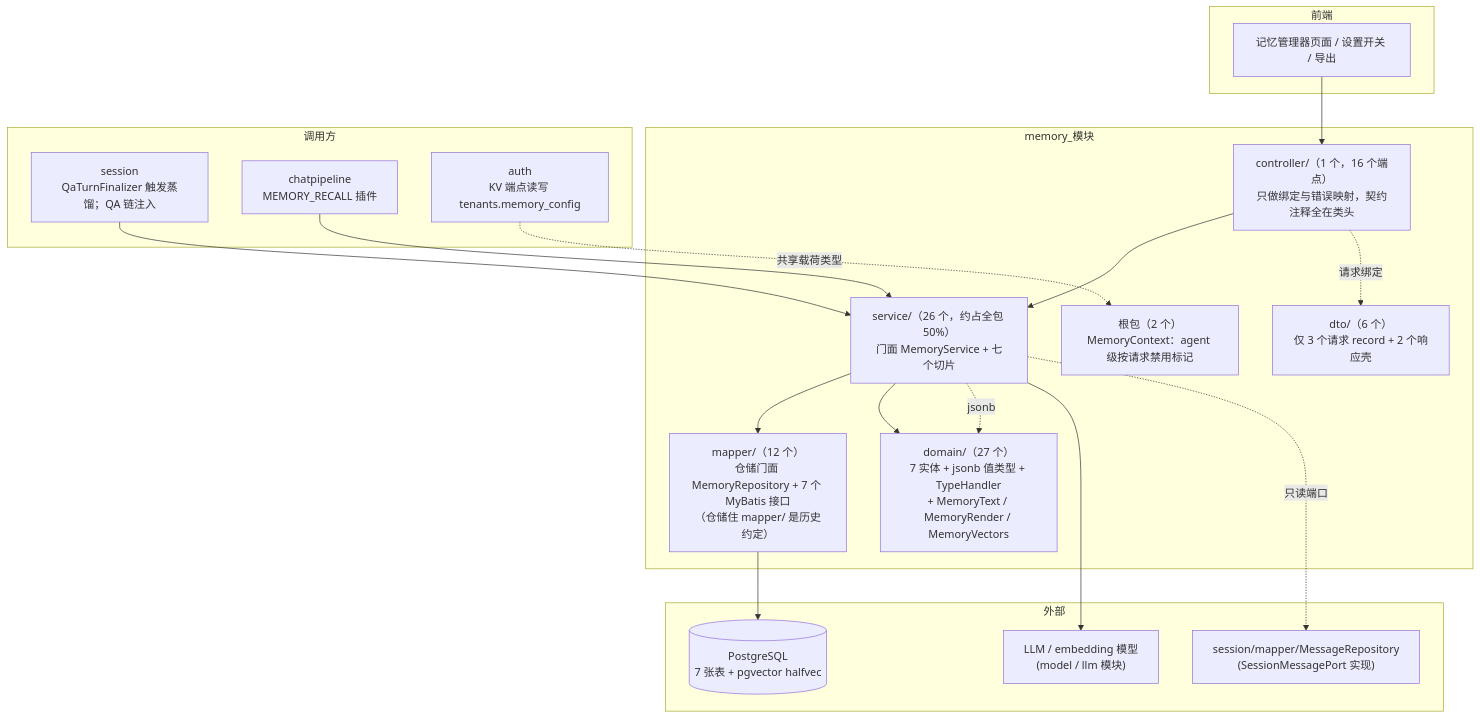
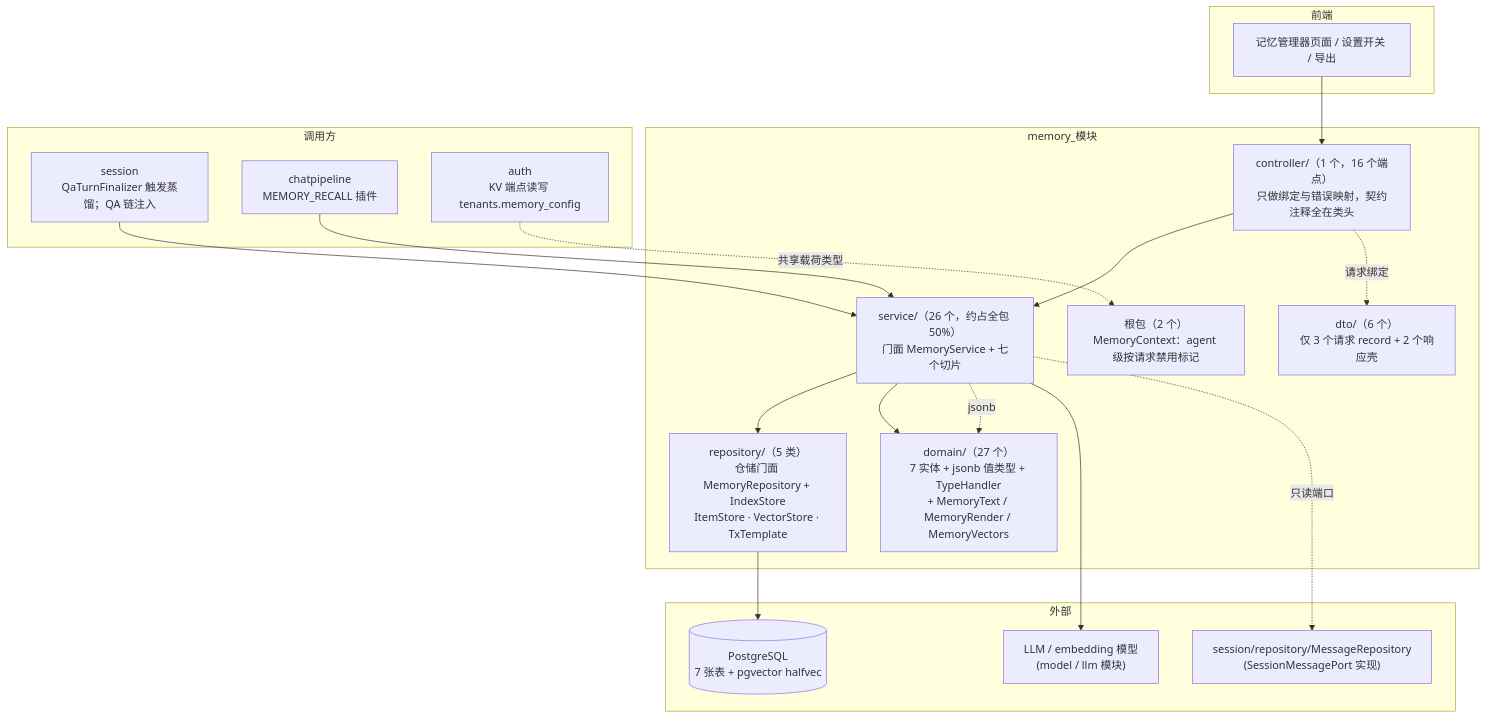
One commit to pmbilly/ragagent changed the first of 7 diagrams in docs/memory-module-guide.md. Above: the diagram before and after it, drawn with Mermaid. The commit also changed other lines of this file and 80 other files, not shown here.

````diff
--- a/docs/memory-module-guide.md
+++ b/docs/memory-module-guide.md
@@ -30,39 +30,39 @@
 ```mermaid
 graph TB
     subgraph 前端
         FE["记忆管理器页面 / 设置开关 / 导出"]
     end
 
     subgraph memory_模块
         CTRL["controller/（1 个，16 个端点）<br/>只做绑定与错误映射，契约注释全在类头"]
         SVC["service/（26 个，约占全包 50%）<br/>门面 MemoryService + 七个切片"]
         ROOT["根包（2 个）<br/>MemoryContext：agent 级按请求禁用标记"]
         DOM["domain/（27 个）<br/>7 实体 + jsonb 值类型 + TypeHandler<br/>+ MemoryText / MemoryRender / MemoryVectors"]
         DTO["dto/（6 个）<br/>仅 3 个请求 record + 2 个响应壳"]
-        REPO["mapper/（12 个）<br/>仓储门面 MemoryRepository + 7 个 MyBatis 接口<br/>（仓储住 mapper/ 是历史约定）"]
+        REPO["repository/（5 类）<br/>仓储门面 MemoryRepository + IndexStore<br/>ItemStore · VectorStore · TxTemplate"]
     end
 
     subgraph 调用方
         SES["session<br/>QaTurnFinalizer 触发蒸馏；QA 链注入"]
         CP["chatpipeline<br/>MEMORY_RECALL 插件"]
         AUTH["auth<br/>KV 端点读写 tenants.memory_config"]
     end
 
     subgraph 外部
         PG[("PostgreSQL<br/>7 张表 + pgvector halfvec")]
         LLM["LLM / embedding 模型<br/>(model / llm 模块)"]
-        SM["session/mapper/MessageRepository<br/>(SessionMessagePort 实现)"]
+        SM["session/repository/MessageRepository<br/>(SessionMessagePort 实现)"]
     end
 
     FE --> CTRL
     CTRL --> SVC
     SES --> SVC
     CP --> SVC
     SVC --> REPO --> PG
     SVC --> DOM
     CTRL -. 请求绑定 .-> DTO
     SVC -. jsonb .-> DOM
     SVC --> LLM
     SVC -. 只读端口 .-> SM
     AUTH -. 共享载荷类型 .-> ROOT
 ```
````
